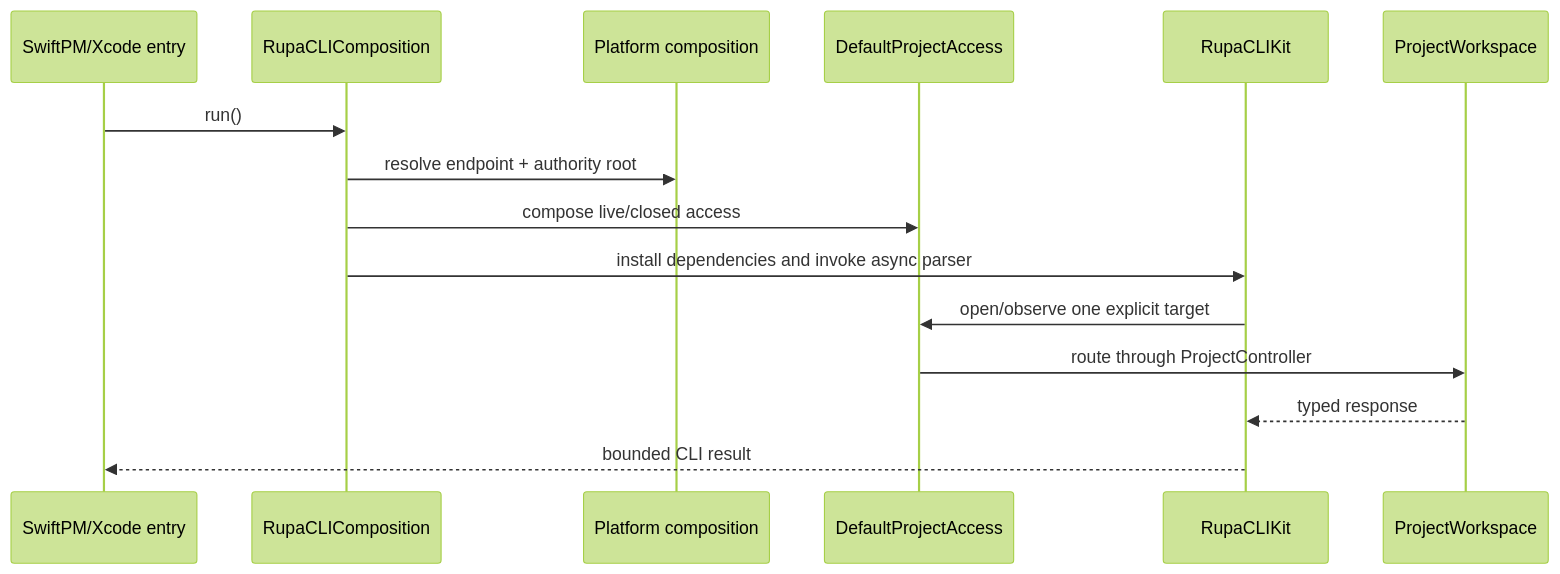
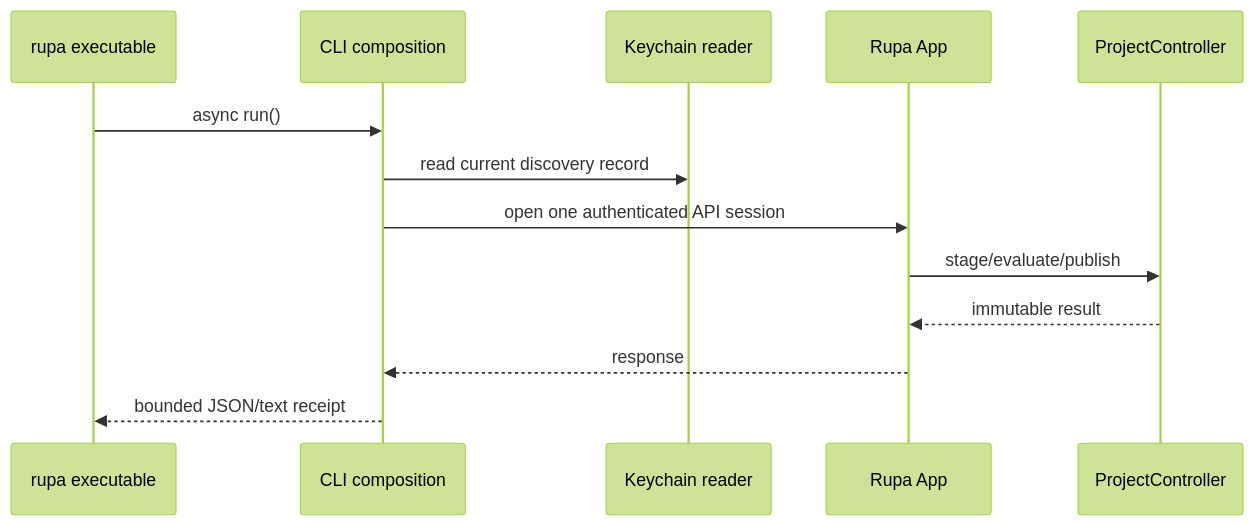
Before and after one commit to 1amageek/Rupa: the second of 2 diagrams in RupaKit/Sources/RupaCLIComposition/DESIGN.md, drawn with Mermaid (forest theme). The commit also changed other lines of this file and 133 other files, not shown here.

Commit message:
Route external access through the Rupa API

````diff
--- a/RupaKit/Sources/RupaCLIComposition/DESIGN.md
+++ b/RupaKit/Sources/RupaCLIComposition/DESIGN.md
@@ -107,17 +71,15 @@
 ```mermaid
 sequenceDiagram
-    participant E as SwiftPM/Xcode entry
-    participant C as RupaCLIComposition
-    participant P as Platform composition
-    participant A as DefaultProjectAccess
-    participant K as RupaCLIKit
-    participant W as ProjectWorkspace
-    E->>C: run()
-    C->>P: resolve endpoint + authority root
-    C->>A: compose live/closed access
-    C->>K: install dependencies and invoke async parser
-    K->>A: open/observe one explicit target
-    A->>W: route through ProjectController
-    W-->>K: typed response
-    K-->>E: bounded CLI result
+    participant E as rupa executable
+    participant C as CLI composition
+    participant K as Keychain reader
+    participant A as Rupa App
+    participant P as ProjectController
+    E->>C: async run()
+    C->>K: read current discovery record
+    C->>A: open one authenticated API session
+    A->>P: stage/evaluate/publish
+    P-->>A: immutable result
+    A-->>C: response
+    C-->>E: bounded JSON/text receipt
 ```
````
